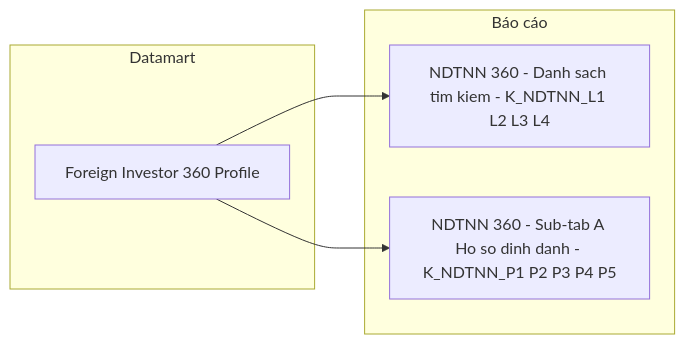
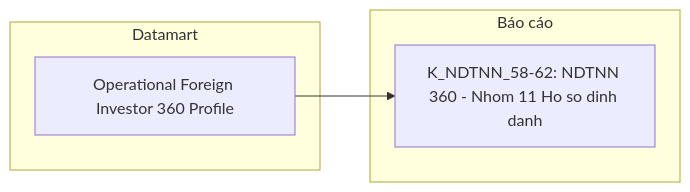
Before and after one commit to linhlvit/ubck_atomic_design: diagram 17 of 26 in Datamart/hld/DTM_NDTNN_HLD.md, drawn with Mermaid. The commit also changed other lines of this file and 62 other files, not shown here.

````diff
--- a/Datamart/hld/DTM_NDTNN_HLD.md
+++ b/Datamart/hld/DTM_NDTNN_HLD.md
@@ -896,12 +885,10 @@
 ```mermaid
 flowchart LR
     subgraph Datamart["Datamart"]
-        G1["Foreign Investor 360 Profile"]
+        G1["Operational Foreign Investor 360 Profile"]
     end
     subgraph RPT["Báo cáo"]
-        R1["NDTNN 360 - Danh sach tim kiem - K_NDTNN_L1 L2 L3 L4"]
-        R2["NDTNN 360 - Sub-tab A Ho so dinh danh - K_NDTNN_P1 P2 P3 P4 P5"]
+        R1["K_NDTNN_58-62: NDTNN 360 - Nhom 11 Ho so dinh danh"]
     end
     G1 --> R1
-    G1 --> R2
 ```
````
